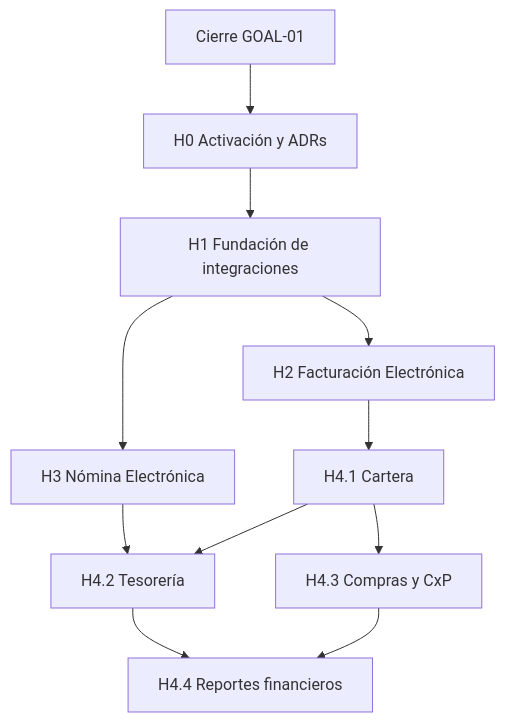
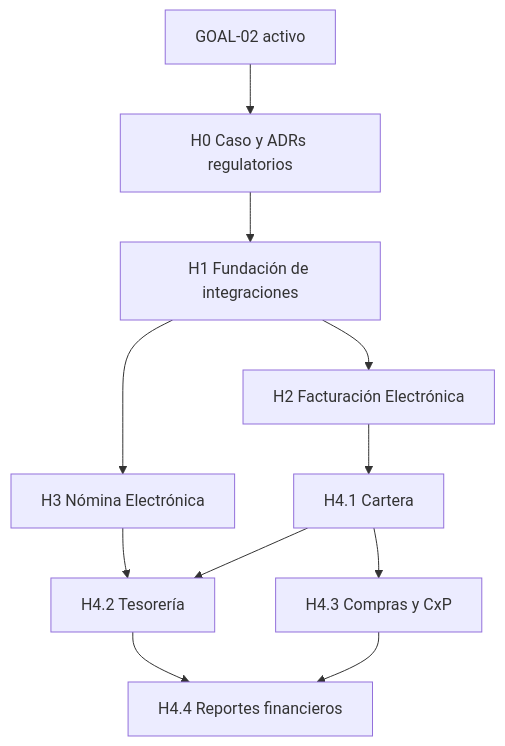
One commit to Glemynart/SaaS changed the diagram in docs/goals/GOAL-02-base-financial-regulatory-evolution.md. Above: the diagram before and after it, drawn with Mermaid. The commit also changed other lines of this file and 6 other files, not shown here.

````diff
--- a/docs/goals/GOAL-02-base-financial-regulatory-evolution.md
+++ b/docs/goals/GOAL-02-base-financial-regulatory-evolution.md
@@ -289,13 +288,13 @@
 ```mermaid
 flowchart TD
-  C["Cierre GOAL-01"] --> H0["H0 Activación y ADRs"]
+  C["GOAL-02 activo"] --> H0["H0 Caso y ADRs regulatorios"]
   H0 --> H1["H1 Fundación de integraciones"]
   H1 --> H2["H2 Facturación Electrónica"]
   H1 --> H3["H3 Nómina Electrónica"]
   H2 --> H41["H4.1 Cartera"]
   H3 --> H42["H4.2 Tesorería"]
   H41 --> H42
   H41 --> H43["H4.3 Compras y CxP"]
   H42 --> H44["H4.4 Reportes financieros"]
   H43 --> H44
 ```
````
